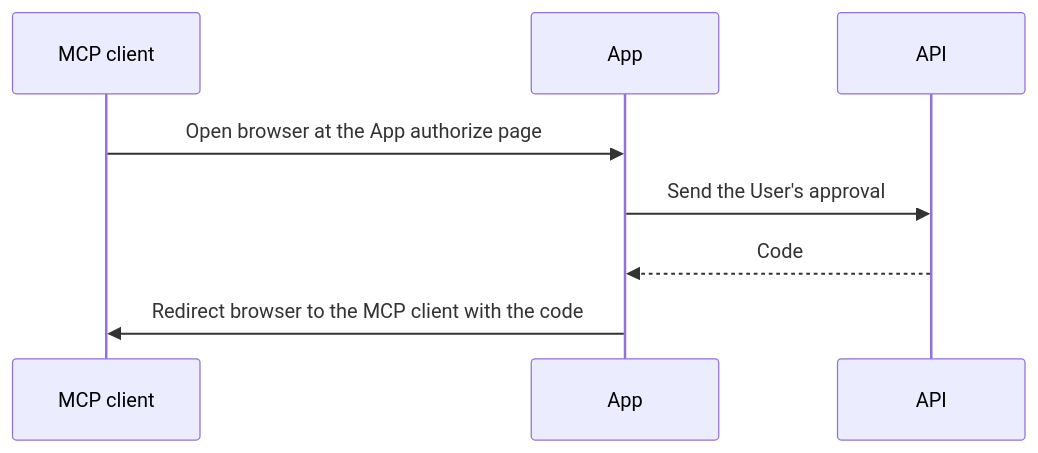
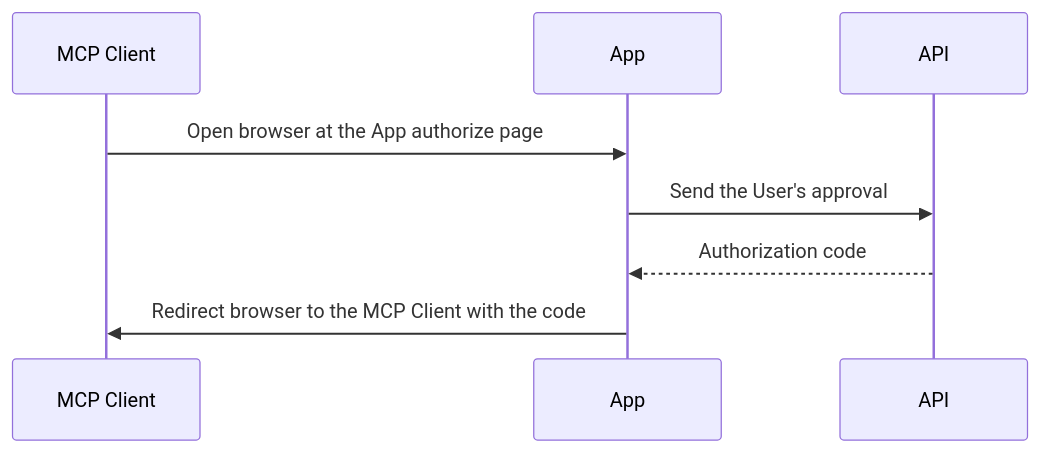
The second of 2 diagrams in public/specs/docs/setup/Auth.md (websanova/starter-flows), drawn with Mermaid before and after one commit. The commit also changed other lines of this file and 1 other file, not shown here.

Commit message:
Add OAuth to terms and clean up Auth setup doc.

````diff
--- a/public/specs/docs/setup/Auth.md
+++ b/public/specs/docs/setup/Auth.md
@@ -23,10 +23,10 @@
 ```mermaid
 sequenceDiagram
-    participant C as MCP client
+    participant C as MCP Client
     participant A as App
     participant P as API
     C->>A: Open browser at the App authorize page
     A->>P: Send the User's approval
-    P-->>A: Code
-    A->>C: Redirect browser to the MCP client with the code
+    P-->>A: Authorization code
+    A->>C: Redirect browser to the MCP Client with the code
 ```
````
